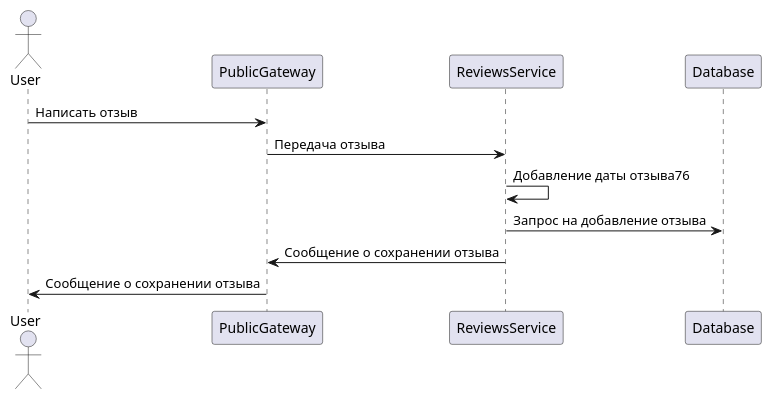
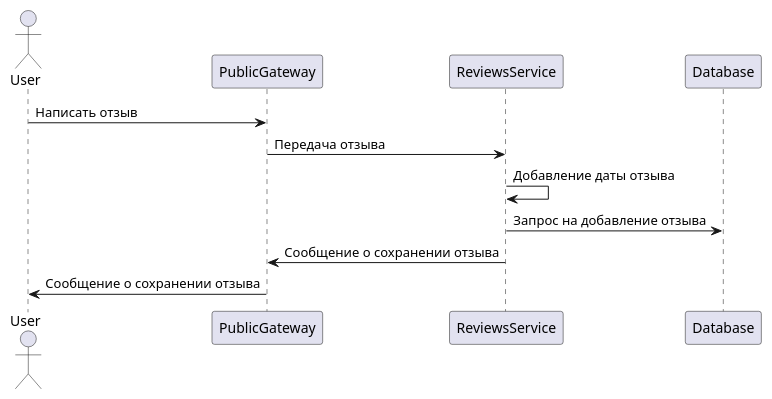
One commit to ncedu-tlt/-2021-ta-bot-reviews-management changed the diagram in design/ReviewDiagram.puml. Above: the diagram before and after it, drawn with PlantUML.

```diff
--- a/design/ReviewDiagram.puml
+++ b/design/ReviewDiagram.puml
@@ -1,13 +1,13 @@
 @startuml
 'https://plantuml.com/sequence-diagram
 
 actor User
 User->PublicGateway: Написать отзыв
 
 PublicGateway->ReviewsService: Передача отзыва
-ReviewsService->ReviewsService: Добавление даты отзыва76
+ReviewsService->ReviewsService: Добавление даты отзыва
 ReviewsService->Database: Запрос на добавление отзыва
 
 ReviewsService->PublicGateway: Сообщение о сохранении отзыва
 PublicGateway->User: Сообщение о сохранении отзыва
 @enduml
```
